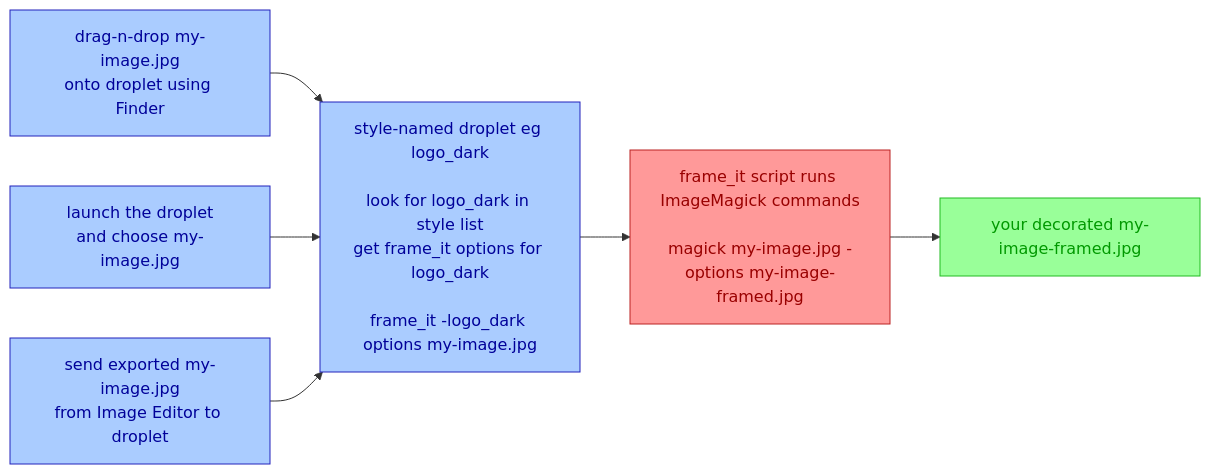
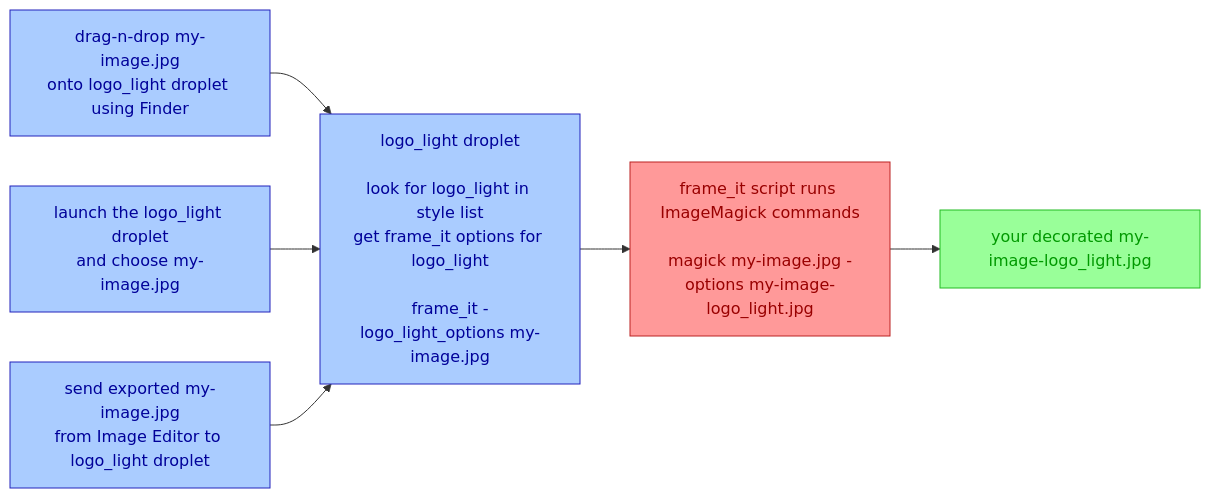
Before and after one commit to walterrowe/magick-frames: the diagram in README.md, drawn with Mermaid. The commit also changed other lines of this file and 2 other files, not shown here.

Commit message:
combine StyleDropet and CreateStyleDroplets, closes #4

````diff
--- a/README.md
+++ b/README.md
@@ -45,23 +47,23 @@
 ```mermaid
 graph LR
 
 classDef RED fill:#f99,color:#900,stroke:#b22;
 classDef GRN fill:#9f9,color:#090,stroke:#2b2;
 classDef BLU fill:#acf,color:#009,stroke:#22b;
 classDef LAV fill:#d3c3f3,color:#916060,stroke:#916060;
 
-dropped[drag-n-drop my-image.jpg<br>onto droplet using Finder]:::BLU
-selected[launch the droplet<br>and choose my-image.jpg]:::BLU
-exported[send exported my-image.jpg<br>from Image Editor to droplet]:::BLU
+dropped[drag-n-drop my-image.jpg<br>onto logo_light droplet using Finder]:::BLU
+selected[launch the logo_light droplet<br>and choose my-image.jpg]:::BLU
+exported[send exported my-image.jpg<br>from Image Editor to logo_light droplet]:::BLU
 
-droplets[style-named droplet eg logo_dark<br><br>look for logo_dark in style list<br>get frame_it options for logo_dark<br><br>frame_it -logo_dark options my-image.jpg]:::BLU
+droplets[logo_light droplet<br><br>look for logo_light in style list<br>get frame_it options for logo_light<br><br>frame_it -logo_light_options my-image.jpg]:::BLU
 
-frameit[frame_it script runs ImageMagick commands<br><br>magick my-image.jpg -options my-image-framed.jpg]:::RED
-output[your decorated my-image-framed.jpg]:::GRN
+frameit[frame_it script runs ImageMagick commands<br><br>magick my-image.jpg -options my-image-logo_light.jpg]:::RED
+output[your decorated my-image-logo_light.jpg]:::GRN
 
 dropped --> droplets
 selected --> droplets
 exported --> droplets
 
 droplets --> frameit --> output
 ```
````
